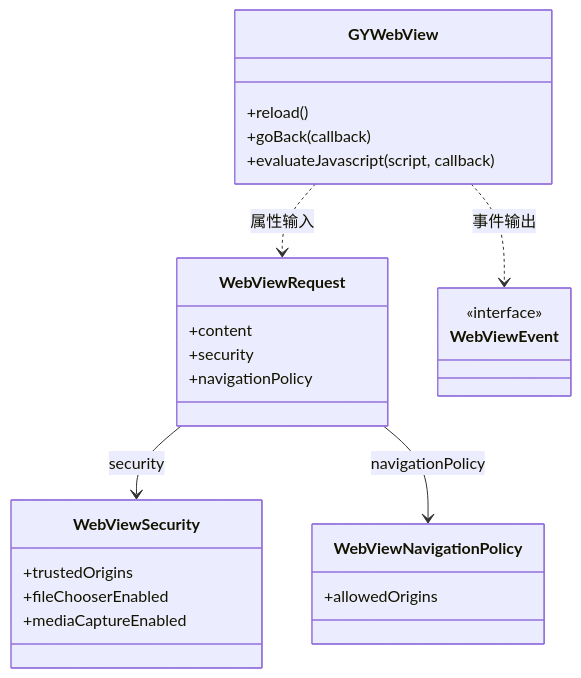
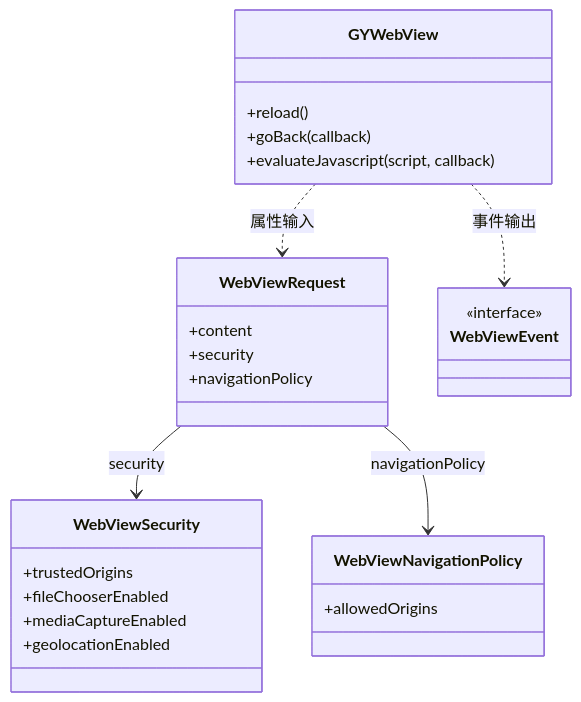
One commit to gycrosskit/compose-webview changed the third of 3 diagrams in README.md. Above: the diagram before and after it, drawn with Mermaid. The commit also changed other lines of this file and 32 other files, not shown here.

````diff
--- a/README.md
+++ b/README.md
@@ -67,28 +67,29 @@
 ```mermaid
 classDiagram
     class WebViewRequest {
         +content
         +security
         +navigationPolicy
     }
     class WebViewSecurity {
         +trustedOrigins
         +fileChooserEnabled
         +mediaCaptureEnabled
+        +geolocationEnabled
     }
     class WebViewNavigationPolicy {
         +allowedOrigins
     }
     class GYWebView {
         +reload()
         +goBack(callback)
         +evaluateJavascript(script, callback)
     }
     class WebViewEvent {
         <<interface>>
     }
     WebViewRequest --> WebViewSecurity : security
     WebViewRequest --> WebViewNavigationPolicy : navigationPolicy
     GYWebView ..> WebViewRequest : 属性输入
     GYWebView ..> WebViewEvent : 事件输出
 ```
````
